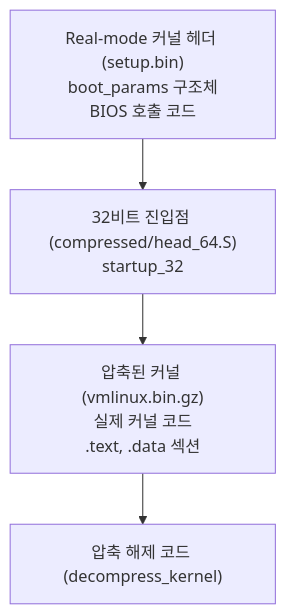
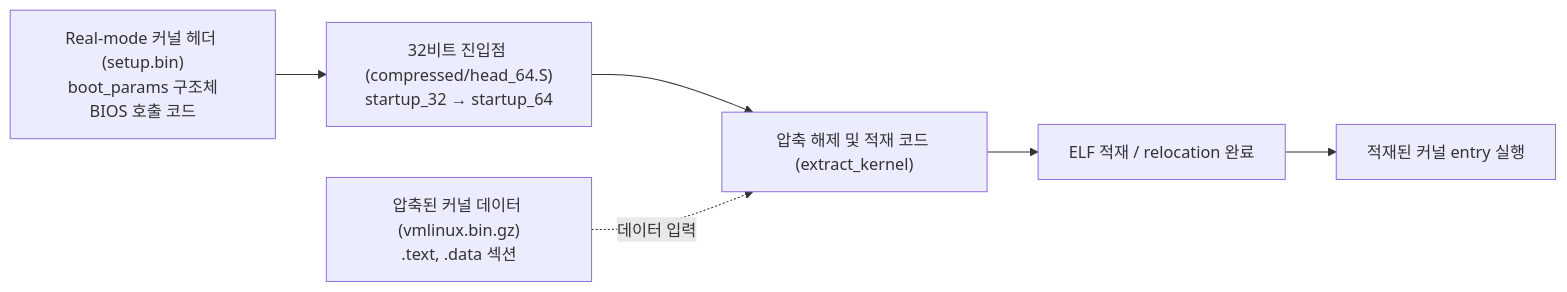
Before and after one commit to Rein-ArXiv/game-dev-curriculum: the diagram in system/part01_boot.md, drawn with Mermaid. The commit also changed other lines of this file and 279 other files, not shown here.

````diff
--- a/system/part01_boot.md
+++ b/system/part01_boot.md
@@ -219,8 +219,12 @@
 ```mermaid
-flowchart TB
+flowchart LR
     A["Real-mode 커널 헤더 (setup.bin)<br/>boot_params 구조체<br/>BIOS 호출 코드"]
-    B["32비트 진입점 (compressed/head_64.S)<br/>startup_32"]
-    C["압축된 커널 (vmlinux.bin.gz)<br/>실제 커널 코드<br/>.text, .data 섹션"]
-    D["압축 해제 코드 (decompress_kernel)"]
-    A --> B --> C --> D
+    B["32비트 진입점 (compressed/head_64.S)<br/>startup_32 → startup_64"]
+    C["압축된 커널 데이터 (vmlinux.bin.gz)<br/>.text, .data 섹션"]
+    D["압축 해제 및 적재 코드 (extract_kernel)"]
+    E["ELF 적재 / relocation 완료"]
+    F["적재된 커널 entry 실행"]
+    A --> B --> D
+    C -. 데이터 입력 .-> D
+    D --> E --> F
 ```
````
